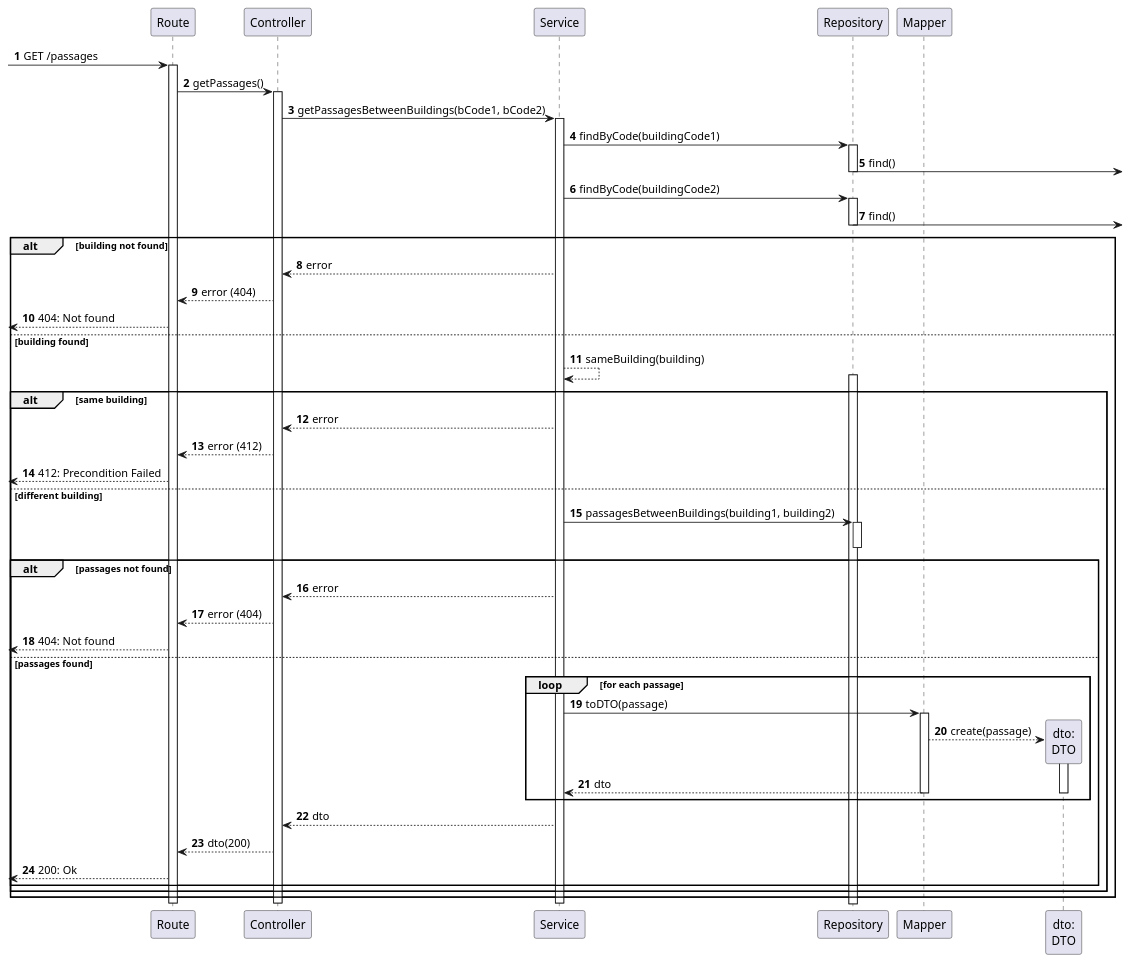
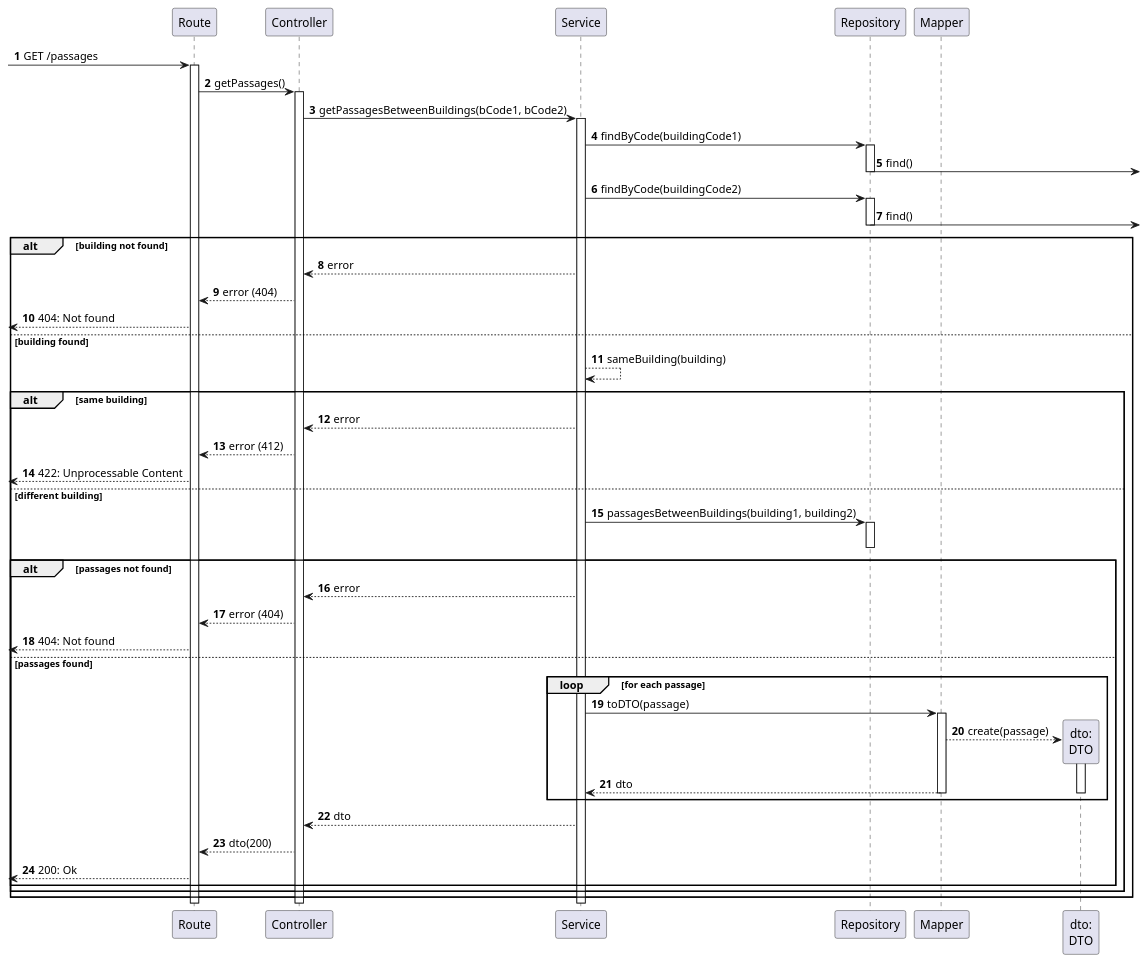
One commit to Departamento-de-Engenharia-Informatica/lapr5-23-24-g19 changed the diagram in docs/us260/level3/process-view-between2buildings.puml. Above: the diagram before and after it, drawn with PlantUML. The commit also changed 10 other files, not shown here.

```diff
--- a/docs/us260/level3/process-view-between2buildings.puml
+++ b/docs/us260/level3/process-view-between2buildings.puml
@@ -1,75 +1,74 @@
 @startuml
 autonumber
 
 participant "Route" as r
 participant "Controller" as ctrl
 participant "Service" as svc
 participant "Repository" as repo
 
 participant "Mapper" as map
 participant "dto:\nDTO" as dto
 
 
 [-> r : GET /passages
 activate r
 
     r -> ctrl : getPassages()
     activate ctrl
 
         ctrl -> svc : getPassagesBetweenBuildings(bCode1, bCode2)
         activate svc
 
             svc -> repo : findByCode(buildingCode1)
             activate repo
                 repo ->] : find()
             deactivate repo
 
             svc -> repo : findByCode(buildingCode2)
             activate repo
                 repo ->] : find()
             deactivate repo
 
             alt building not found
                 svc --> ctrl : error
                 ctrl --> r : error (404)
                 [<-- r : 404: Not found
             else building found
                 svc --> svc : sameBuilding(building)
-                activate repo
-                deactivate repo
+
 
                 alt same building
                     svc --> ctrl : error
                     ctrl --> r : error (412)
-                    [<-- r : 412: Precondition Failed
+                    [<-- r : 422: Unprocessable Content
                 else different building
                     svc -> repo : passagesBetweenBuildings(building1, building2)
                     activate repo
                     deactivate repo
 
                     alt passages not found
                         svc --> ctrl : error
                         ctrl --> r : error (404)
                         [<-- r : 404: Not found
                     else passages found
                         loop for each passage
                              svc -> map : toDTO(passage)
                             activate map
                                 map --> dto** : create(passage)
                                 activate dto
                                     map --> svc : dto
                                 deactivate dto
                             deactivate map
                         end loop
 
                         svc --> ctrl : dto
                         ctrl --> r : dto(200)
                         [<-- r : 200: Ok
                     end
                 end
             end
         deactivate svc
     deactivate ctrl
 deactivate r
 
 @enduml
```
